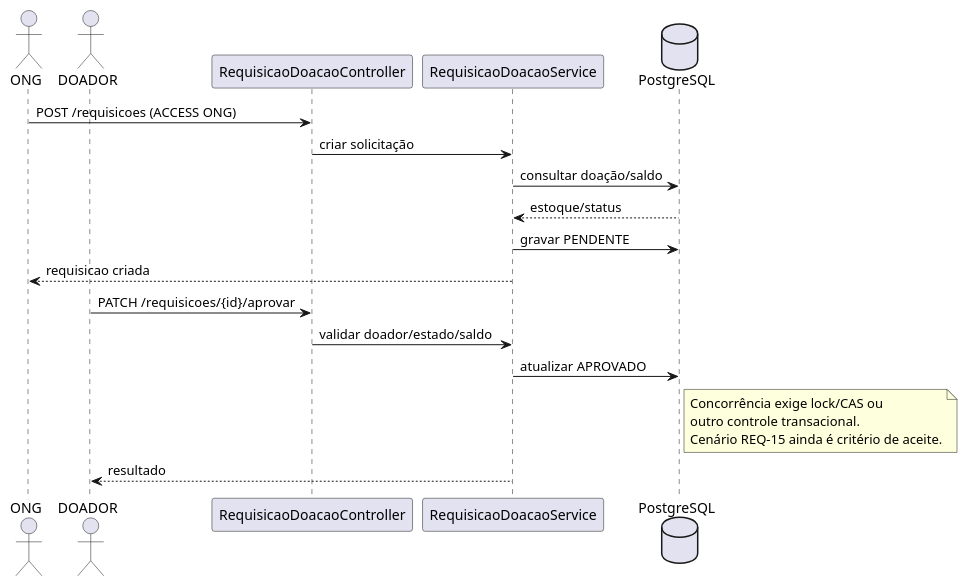
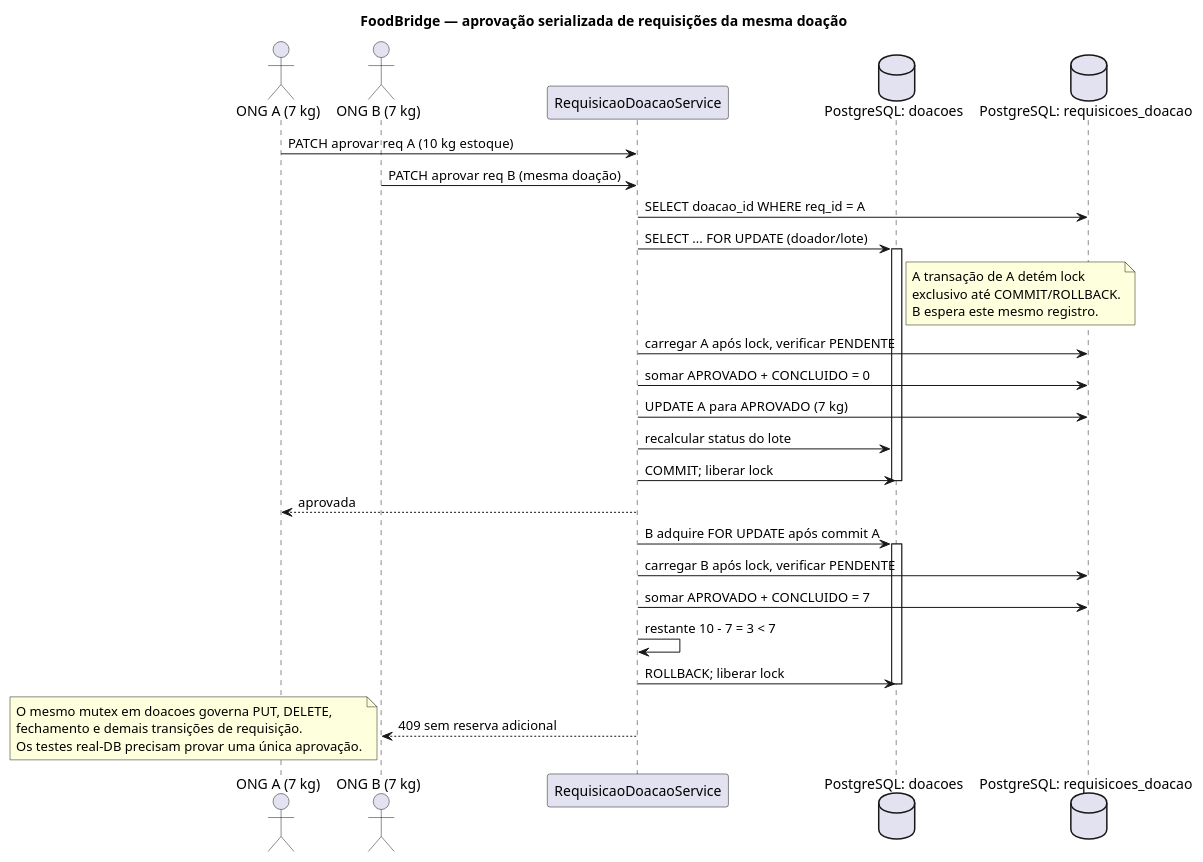
Before and after one commit to DanieldeAlmeida2024/FoodBridge-API-Kotlin: the diagram in docs/uml/09_sequencia_solicitacao_aprovacao.puml, drawn with PlantUML. The commit also changed 6 other files, not shown here.

Commit message:
docs(foodbridge): version stock reservation serialization and PostgreSQL regression

```diff
--- a/docs/uml/09_sequencia_solicitacao_aprovacao.puml
+++ b/docs/uml/09_sequencia_solicitacao_aprovacao.puml
@@ -1,22 +1,38 @@
 @startuml
-actor ONG
-actor DOADOR
-participant "RequisicaoDoacaoController" as C
+title FoodBridge — aprovação serializada de requisições da mesma doação
+actor "ONG A (7 kg)" as A
+actor "ONG B (7 kg)" as B
 participant "RequisicaoDoacaoService" as S
-database PostgreSQL as DB
-ONG -> C : POST /requisicoes (ACCESS ONG)
-C -> S : criar solicitação
-S -> DB : consultar doação/saldo
-DB --> S : estoque/status
-S -> DB : gravar PENDENTE
-S --> ONG : requisicao criada
-DOADOR -> C : PATCH /requisicoes/{id}/aprovar
-C -> S : validar doador/estado/saldo
-S -> DB : atualizar APROVADO
-note right of DB
-Concorrência exige lock/CAS ou
-outro controle transacional.
-Cenário REQ-15 ainda é critério de aceite.
+database "PostgreSQL: doacoes" as D
+database "PostgreSQL: requisicoes_doacao" as R
+A -> S : PATCH aprovar req A (10 kg estoque)
+B -> S : PATCH aprovar req B (mesma doação)
+S -> R : SELECT doacao_id WHERE req_id = A
+S -> D : SELECT ... FOR UPDATE (doador/lote)
+activate D
+note right of D
+A transação de A detém lock
+exclusivo até COMMIT/ROLLBACK.
+B espera este mesmo registro.
 end note
-S --> DOADOR : resultado
+S -> R : carregar A após lock, verificar PENDENTE
+S -> R : somar APROVADO + CONCLUIDO = 0
+S -> R : UPDATE A para APROVADO (7 kg)
+S -> D : recalcular status do lote
+S -> D : COMMIT; liberar lock
+deactivate D
+S --> A : aprovada
+S -> D : B adquire FOR UPDATE após commit A
+activate D
+S -> R : carregar B após lock, verificar PENDENTE
+S -> R : somar APROVADO + CONCLUIDO = 7
+S -> S : restante 10 - 7 = 3 < 7
+S -> D : ROLLBACK; liberar lock
+deactivate D
+S --> B : 409 sem reserva adicional
+note bottom
+O mesmo mutex em doacoes governa PUT, DELETE,
+fechamento e demais transições de requisição.
+Os testes real-DB precisam provar uma única aprovação.
+end note
 @enduml
```
